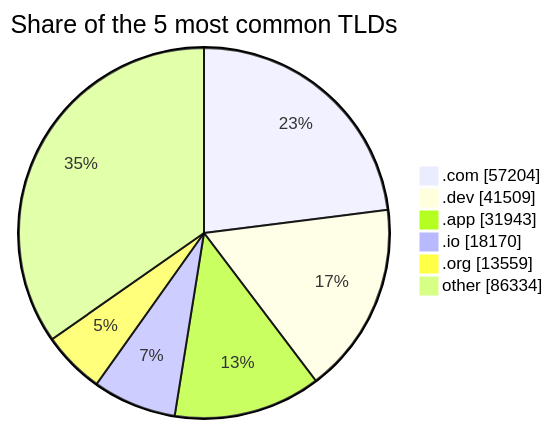
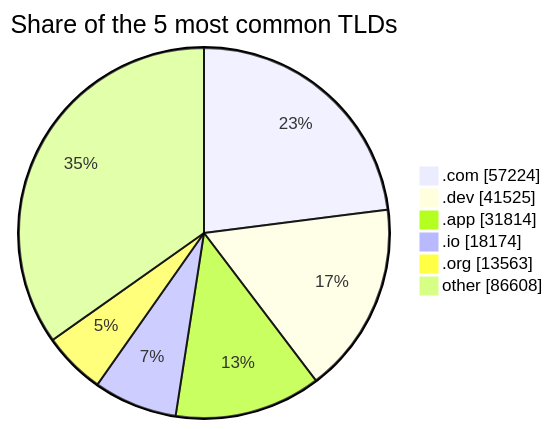
Before and after one commit to DNSBunker/CTI: the second of 2 diagrams in README.md, drawn with Mermaid. The commit also changed other lines of this file and 3 other files, not shown here.

````diff
--- a/README.md
+++ b/README.md
@@ -72,9 +72,9 @@
 ```mermaid
 pie showData title Share of the 5 most common TLDs
-    ".com" : 57204
-    ".dev" : 41509
-    ".app" : 31943
-    ".io" : 18170
-    ".org" : 13559
-    "other" : 86334
+    ".com" : 57224
+    ".dev" : 41525
+    ".app" : 31814
+    ".io" : 18174
+    ".org" : 13563
+    "other" : 86608
 ```
````
